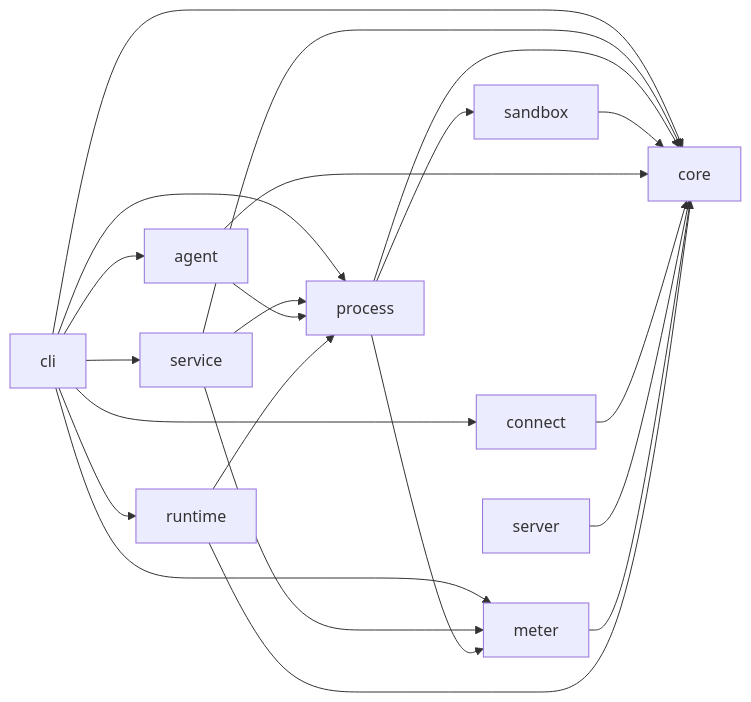
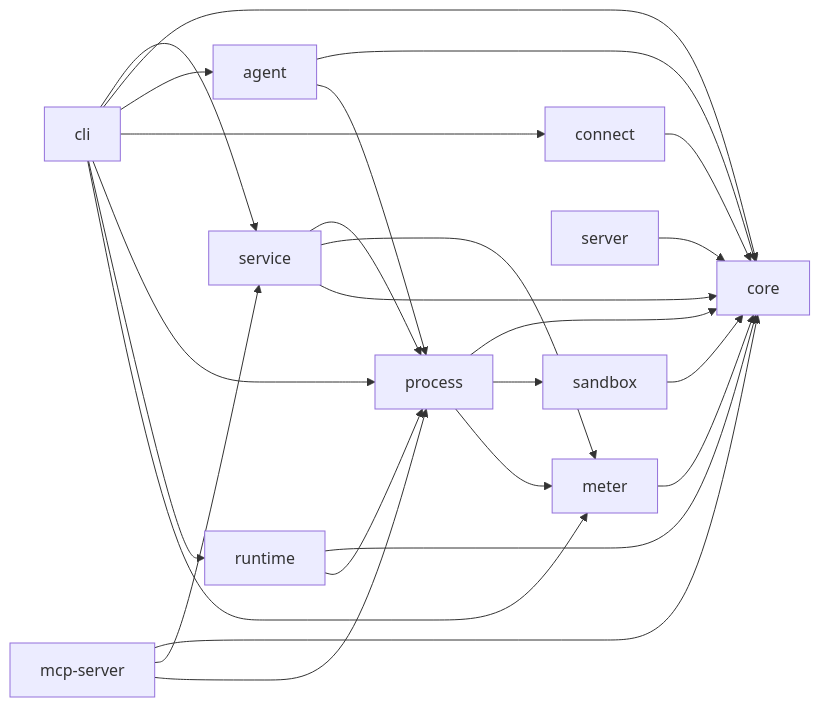
Before and after one commit to johnloveworld2022-ops/mecha.im: the first of 5 diagrams in website/docs/reference/architecture.md, drawn with Mermaid. The commit also changed other lines of this file and 2 other files, not shown here.

````diff
--- a/website/docs/reference/architecture.md
+++ b/website/docs/reference/architecture.md
@@ -25,24 +26,27 @@
 ```mermaid
 graph LR
   cli --> service
   cli --> core
   cli --> agent
   cli --> connect
   cli --> process
   cli --> runtime
   cli --> meter
   service --> process
   service --> meter
   service --> core
   process --> core
   process --> sandbox
   process --> meter
   sandbox --> core
   agent --> core
   agent --> process
   connect --> core
   server --> core
   meter --> core
+  mcp-server --> core
+  mcp-server --> service
+  mcp-server --> process
   runtime --> core
   runtime --> process
 ```
````
